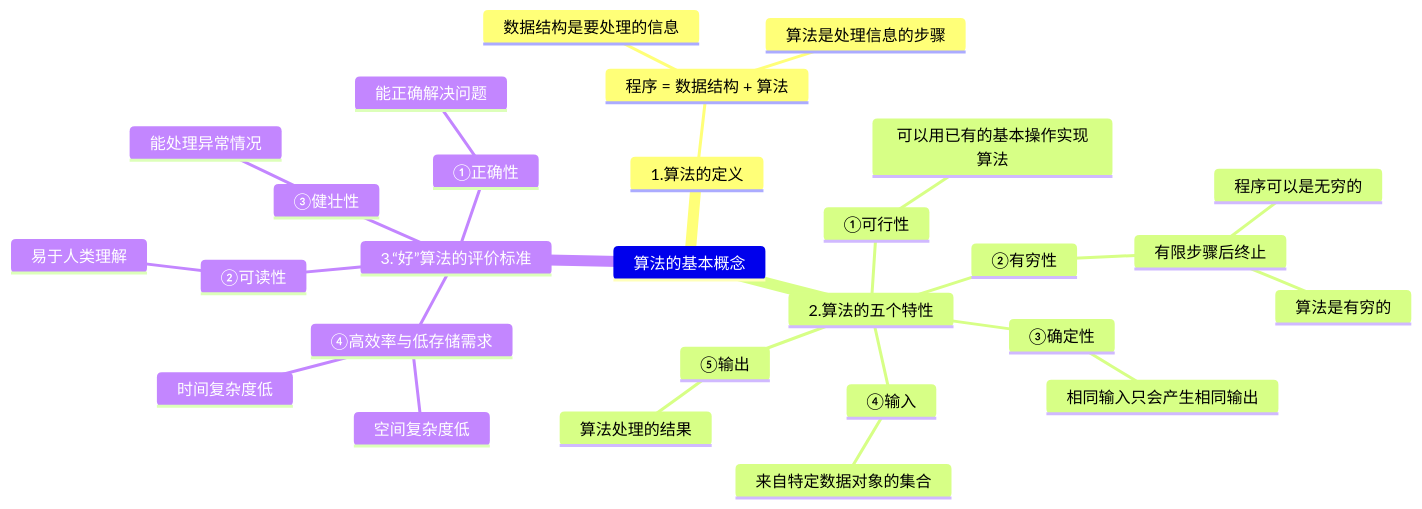
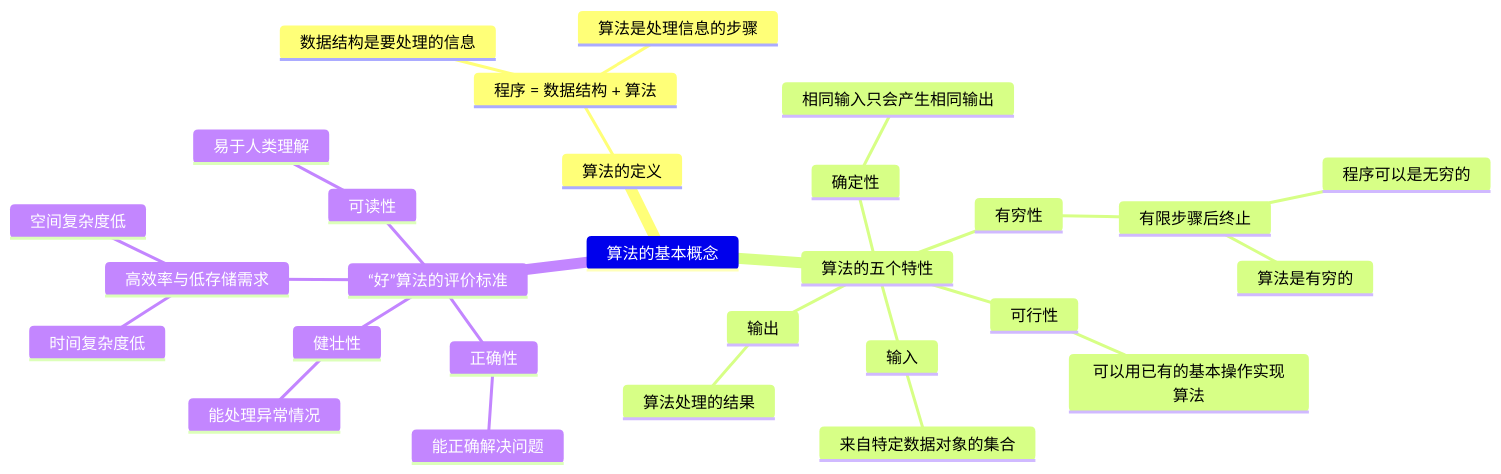
The second of 15 diagrams in 数据结构.md (novpath/Data-Structure), drawn with Mermaid before and after one commit. The commit also changed other lines of this file and 11 other files, not shown here.

````diff
--- a/数据结构.md
+++ b/数据结构.md
@@ -285,31 +285,31 @@
 ```mermaid
 mindmap
     算法的基本概念
-        1.算法的定义
+        算法的定义
             程序 = 数据结构 + 算法
                 数据结构是要处理的信息
                 算法是处理信息的步骤
-        2.算法的五个特性
-            ①可行性
+        算法的五个特性
+            可行性
                 可以用已有的基本操作实现算法
-            ②有穷性
+            有穷性
                 有限步骤后终止
                     算法是有穷的
                     程序可以是无穷的
-            ③确定性
+            确定性
                 相同输入只会产生相同输出
-            ④输入
+            输入
                 来自特定数据对象的集合
-            ⑤输出
+            输出
                 算法处理的结果
-        3.“好”算法的评价标准
-            ①正确性
+        “好”算法的评价标准
+            正确性
                 能正确解决问题
-            ②可读性
+            可读性
                 易于人类理解
-            ③健壮性
+            健壮性
                 能处理异常情况
-            ④高效率与低存储需求
+            高效率与低存储需求
                 时间复杂度低
                 空间复杂度低
 ```
````
